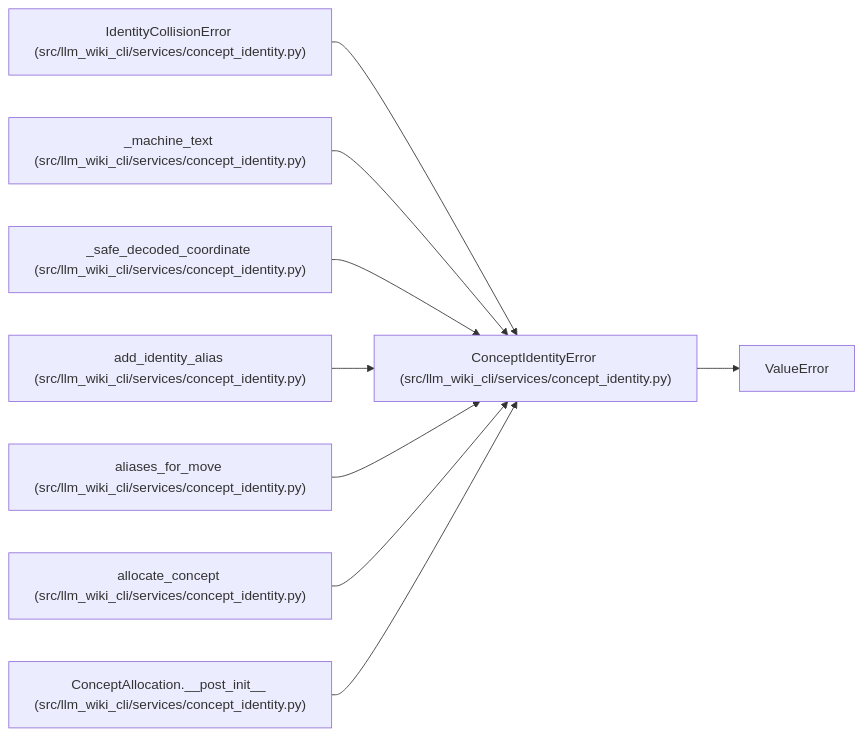
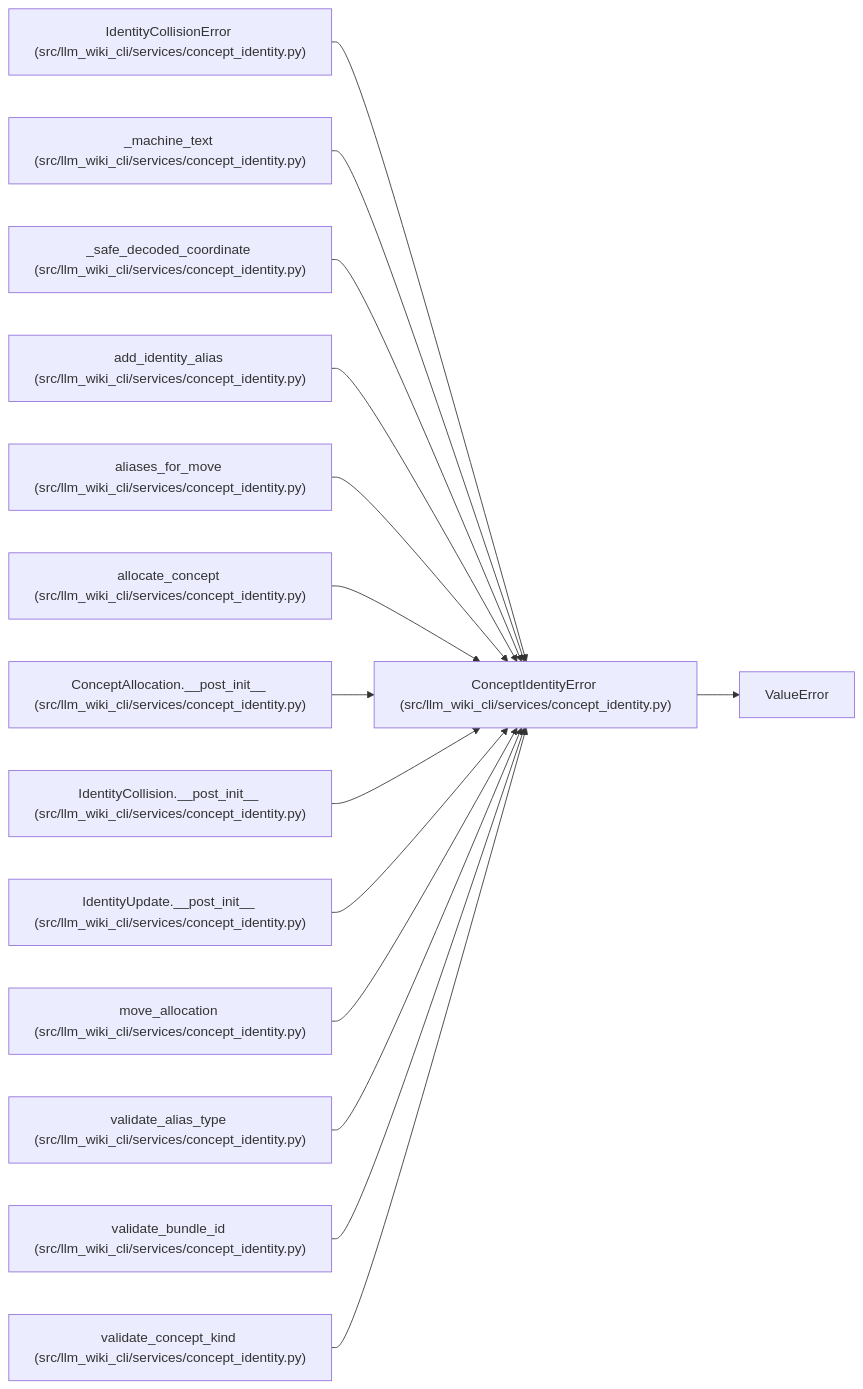
The diagram in docs/llm_wiki/entities/ConceptIdentityError.md (Denissvgn/python-wiki-llm), drawn with Mermaid before and after one commit. The commit also changed other lines of this file and 493 other files, not shown here.

````diff
--- a/docs/llm_wiki/entities/ConceptIdentityError.md
+++ b/docs/llm_wiki/entities/ConceptIdentityError.md
@@ -25,28 +25,46 @@
 ```mermaid
 flowchart LR
     n0["ConceptIdentityError (src/llm_wiki_cli/services/concept_identity.py)"]
     n1["ValueError"]
     n2["IdentityCollisionError (src/llm_wiki_cli/services/concept_identity.py)"]
     n3["_machine_text (src/llm_wiki_cli/services/concept_identity.py)"]
     n4["_safe_decoded_coordinate (src/llm_wiki_cli/services/concept_identity.py)"]
     n5["add_identity_alias (src/llm_wiki_cli/services/concept_identity.py)"]
     n6["aliases_for_move (src/llm_wiki_cli/services/concept_identity.py)"]
     n7["allocate_concept (src/llm_wiki_cli/services/concept_identity.py)"]
     n8["ConceptAllocation.__post_init__ (src/llm_wiki_cli/services/concept_identity.py)"]
+    n9["IdentityCollision.__post_init__ (src/llm_wiki_cli/services/concept_identity.py)"]
+    n10["IdentityUpdate.__post_init__ (src/llm_wiki_cli/services/concept_identity.py)"]
+    n11["move_allocation (src/llm_wiki_cli/services/concept_identity.py)"]
+    n12["validate_alias_type (src/llm_wiki_cli/services/concept_identity.py)"]
+    n13["validate_bundle_id (src/llm_wiki_cli/services/concept_identity.py)"]
+    n14["validate_concept_kind (src/llm_wiki_cli/services/concept_identity.py)"]
     n0 --> n1
     n2 --> n0
     n3 --> n0
     n4 --> n0
     n5 --> n0
     n6 --> n0
     n7 --> n0
     n8 --> n0
+    n9 --> n0
+    n10 --> n0
+    n11 --> n0
+    n12 --> n0
+    n13 --> n0
+    n14 --> n0
     click n0 "../modules/concept_identity.md"
     click n2 "../modules/concept_identity.md"
     click n3 "../modules/concept_identity.md"
     click n4 "../modules/concept_identity.md"
     click n5 "../modules/concept_identity.md"
     click n6 "../modules/concept_identity.md"
     click n7 "../modules/concept_identity.md"
     click n8 "../modules/concept_identity.md"
+    click n9 "../modules/concept_identity.md"
+    click n10 "../modules/concept_identity.md"
+    click n11 "../modules/concept_identity.md"
+    click n12 "../modules/concept_identity.md"
+    click n13 "../modules/concept_identity.md"
+    click n14 "../modules/concept_identity.md"
 ```
````
